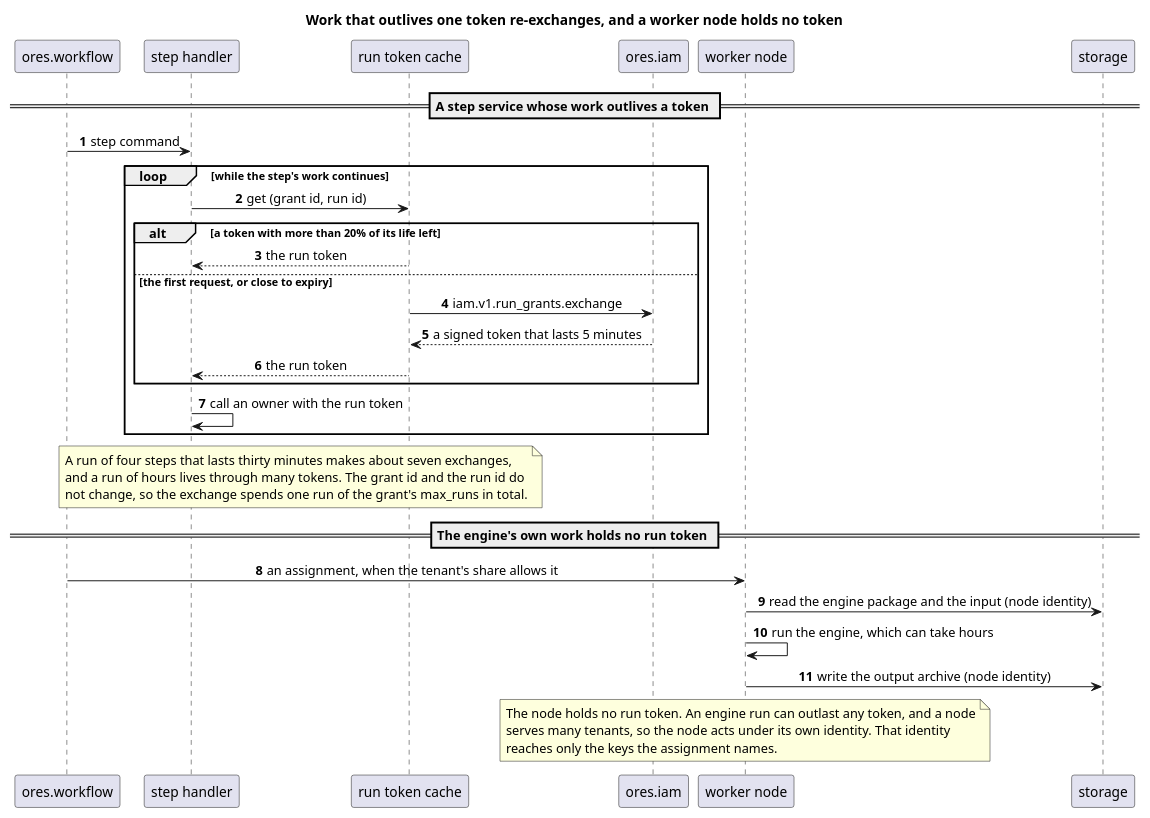
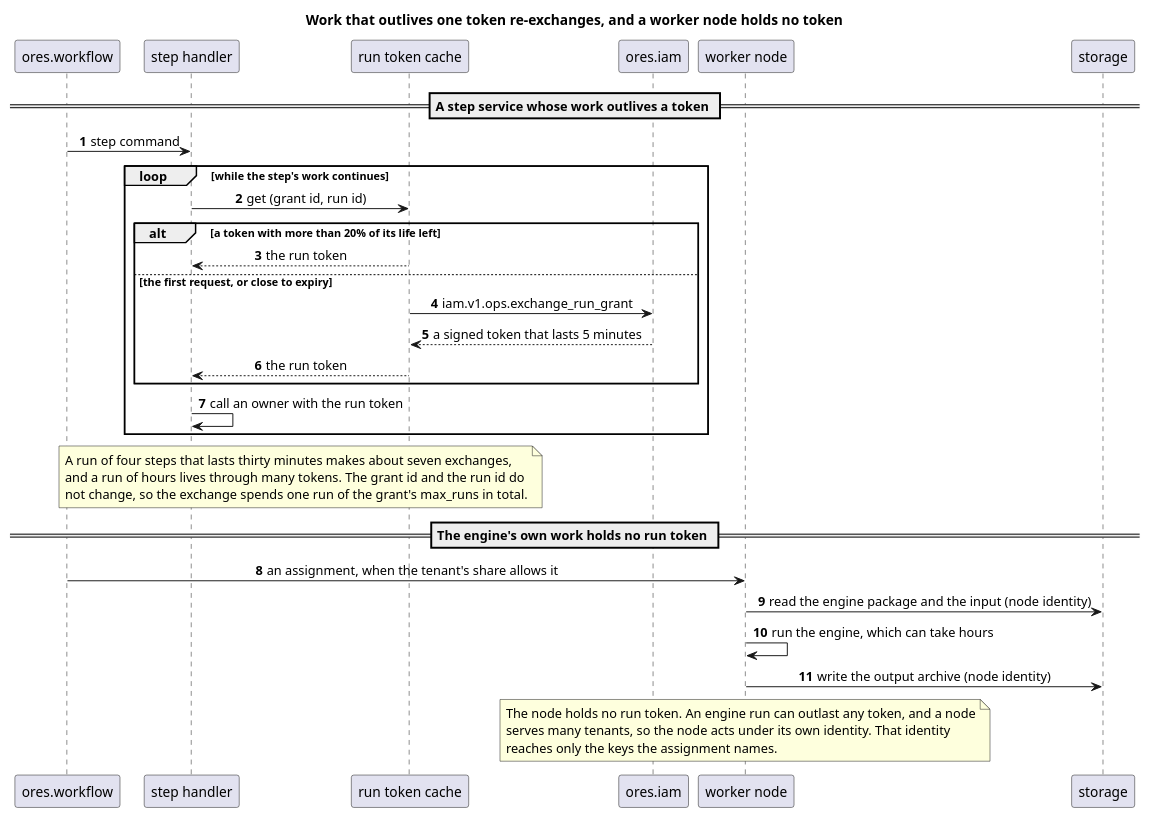
Before and after one commit to OreStudio/OreStudio: the diagram in doc/knowledge/security/run_token_long_run.puml, drawn with PlantUML. The commit also changed 418 other files, not shown here.

```diff
--- a/doc/knowledge/security/run_token_long_run.puml
+++ b/doc/knowledge/security/run_token_long_run.puml
@@ -18,51 +18,51 @@
 @startuml
 
 title Work that outlives one token re-exchanges, and a worker node holds no token
 
 skinparam sequenceMessageAlign center
 skinparam responseMessageBelowArrow true
 autonumber
 
 participant "ores.workflow" as engine
 participant "step handler" as handler
 participant "run token cache" as cache
 participant "ores.iam" as iam
 
 == A step service whose work outlives a token ==
 
 engine -> handler : step command
 loop while the step's work continues
     handler -> cache : get (grant id, run id)
     alt a token with more than 20% of its life left
         cache --> handler : the run token
     else the first request, or close to expiry
-        cache -> iam : iam.v1.run_grants.exchange
+        cache -> iam : iam.v1.ops.exchange_run_grant
         iam --> cache : a signed token that lasts 5 minutes
         cache --> handler : the run token
     end
     handler -> handler : call an owner with the run token
 end
 
 note over handler, cache
   A run of four steps that lasts thirty minutes makes about seven exchanges,
   and a run of hours lives through many tokens. The grant id and the run id do
   not change, so the exchange spends one run of the grant's max_runs in total.
 end note
 
 == The engine's own work holds no run token ==
 
 participant "worker node" as worker
 participant "storage" as storage
 
 engine -> worker : an assignment, when the tenant's share allows it
 worker -> storage : read the engine package and the input (node identity)
 worker -> worker : run the engine, which can take hours
 worker -> storage : write the output archive (node identity)
 
 note over worker
   The node holds no run token. An engine run can outlast any token, and a node
   serves many tenants, so the node acts under its own identity. That identity
   reaches only the keys the assignment names.
 end note
 
 @enduml
```
